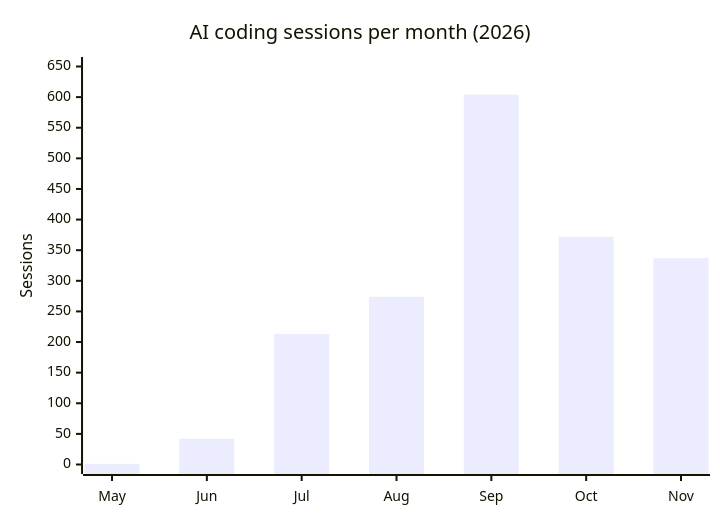
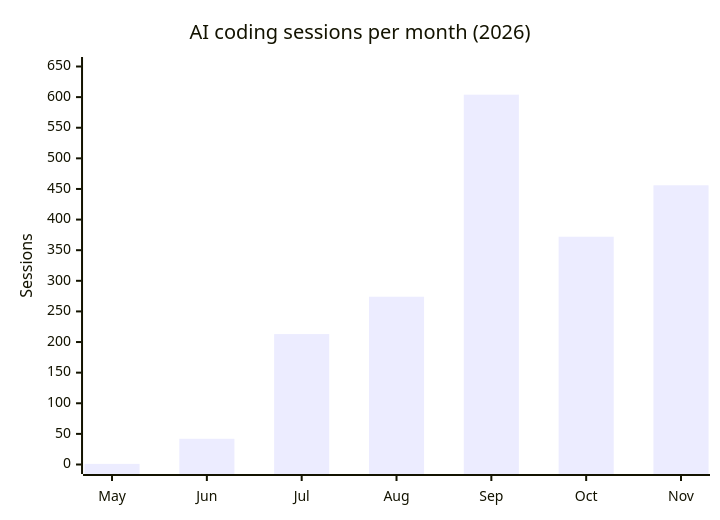
One commit to loryanstrant/loryanstrant changed the diagram in VIBE-CODING.md. Above: the diagram before and after it, drawn with Mermaid.

Commit message:
chore: refresh AI sessions chart

````diff
--- a/VIBE-CODING.md
+++ b/VIBE-CODING.md
@@ -14,7 +14,7 @@
 ```mermaid
 xychart-beta
     title "AI coding sessions per month (2026)"
     x-axis ["May", "Jun", "Jul", "Aug", "Sep", "Oct", "Nov"]
     y-axis "Sessions" 0 --> 650
-    bar [1, 42, 213, 274, 604, 372, 337]
+    bar [1, 42, 213, 274, 604, 372, 456]
 ```
````
